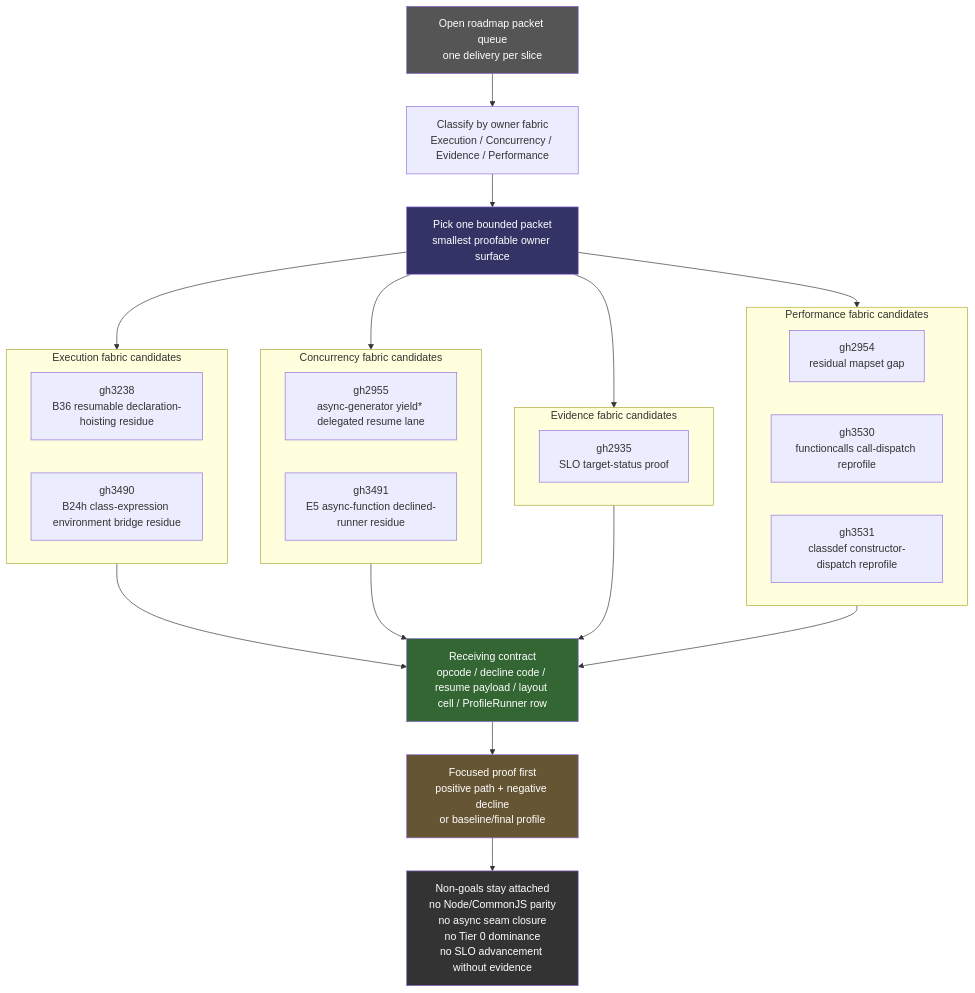
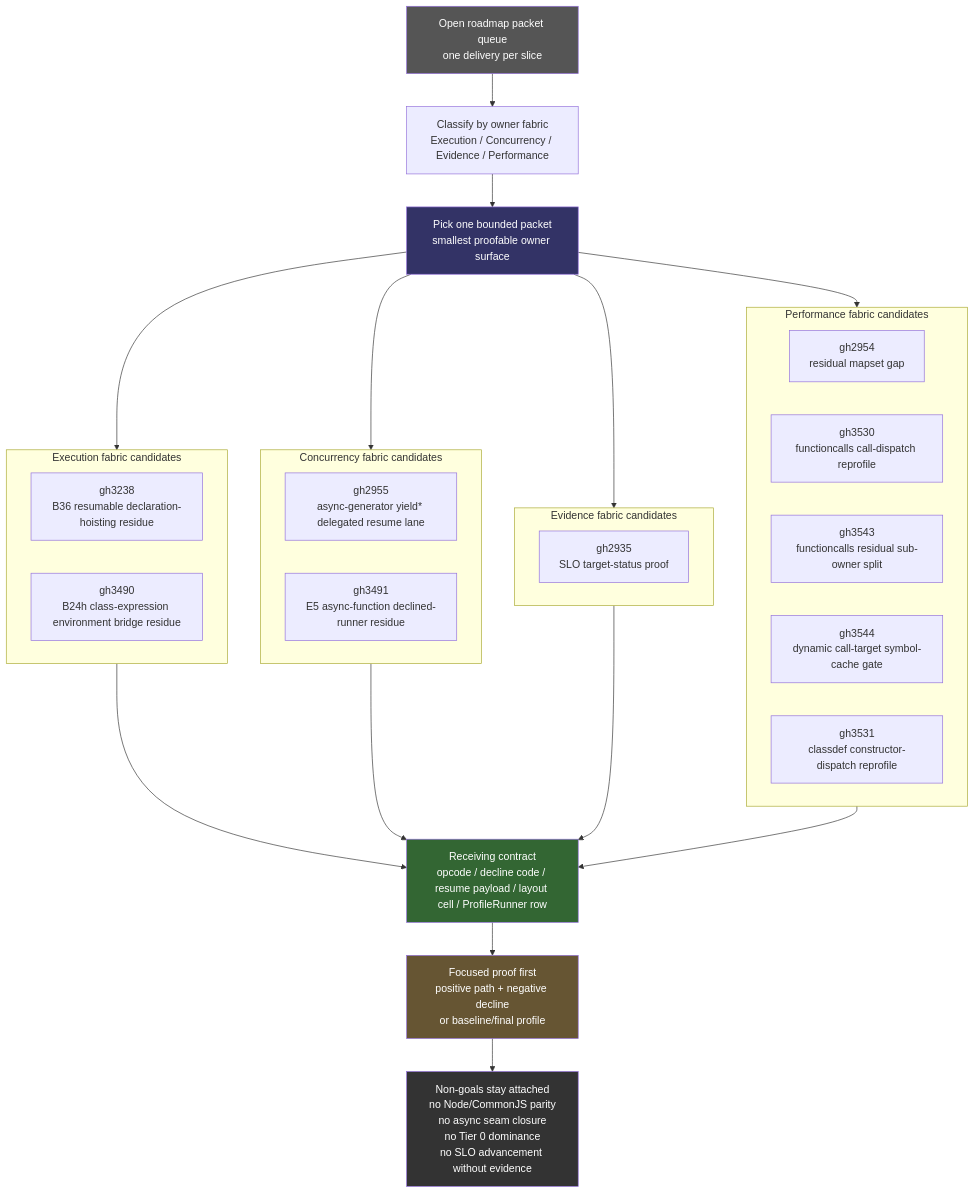
Diagram 36 of 39 in docs/dreaming.md (asynkron/Asynkron.JsEngine), drawn with Mermaid before and after one commit. The commit also changed other lines of this file, not shown here.

````diff
--- a/docs/dreaming.md
+++ b/docs/dreaming.md
@@ -1464,47 +1464,49 @@
 ```mermaid
 flowchart TD
     QUEUE["Open roadmap packet queue\none delivery per slice"]
     CLASSIFY["Classify by owner fabric\nExecution / Concurrency / Evidence / Performance"]
     PICK["Pick one bounded packet\nsmallest proofable owner surface"]
 
     subgraph Execution["Execution fabric candidates"]
         G3238["gh3238\nB36 resumable declaration-hoisting residue"]
         G3490["gh3490\nB24h class-expression environment bridge residue"]
     end
 
     subgraph Concurrency["Concurrency fabric candidates"]
         G2955["gh2955\nasync-generator yield* delegated resume lane"]
         G3491["gh3491\nE5 async-function declined-runner residue"]
     end
 
     subgraph Evidence["Evidence fabric candidates"]
         G2935["gh2935\nSLO target-status proof"]
     end
 
     subgraph Perf["Performance fabric candidates"]
         G2954["gh2954\nresidual mapset gap"]
         G3530["gh3530\nfunctioncalls call-dispatch reprofile"]
+        G3543["gh3543\nfunctioncalls residual sub-owner split"]
+        G3544["gh3544\ndynamic call-target symbol-cache gate"]
         G3531["gh3531\nclassdef constructor-dispatch reprofile"]
     end
 
     CONTRACT["Receiving contract\nopcode / decline code / resume payload / layout cell / ProfileRunner row"]
     PROOF["Focused proof first\npositive path + negative decline\nor baseline/final profile"]
     NONCLAIM["Non-goals stay attached\nno Node/CommonJS parity\nno async seam closure\nno Tier 0 dominance\nno SLO advancement without evidence"]
 
     QUEUE --> CLASSIFY --> PICK
     PICK --> Execution
     PICK --> Concurrency
     PICK --> Evidence
     PICK --> Perf
     Execution --> CONTRACT
     Concurrency --> CONTRACT
     Evidence --> CONTRACT
     Perf --> CONTRACT
     CONTRACT --> PROOF --> NONCLAIM
 
     style QUEUE fill:#555,color:#fff
     style PICK fill:#336,color:#fff
     style CONTRACT fill:#363,color:#fff
     style PROOF fill:#653,color:#fff
     style NONCLAIM fill:#333,color:#fff
 ```
````
